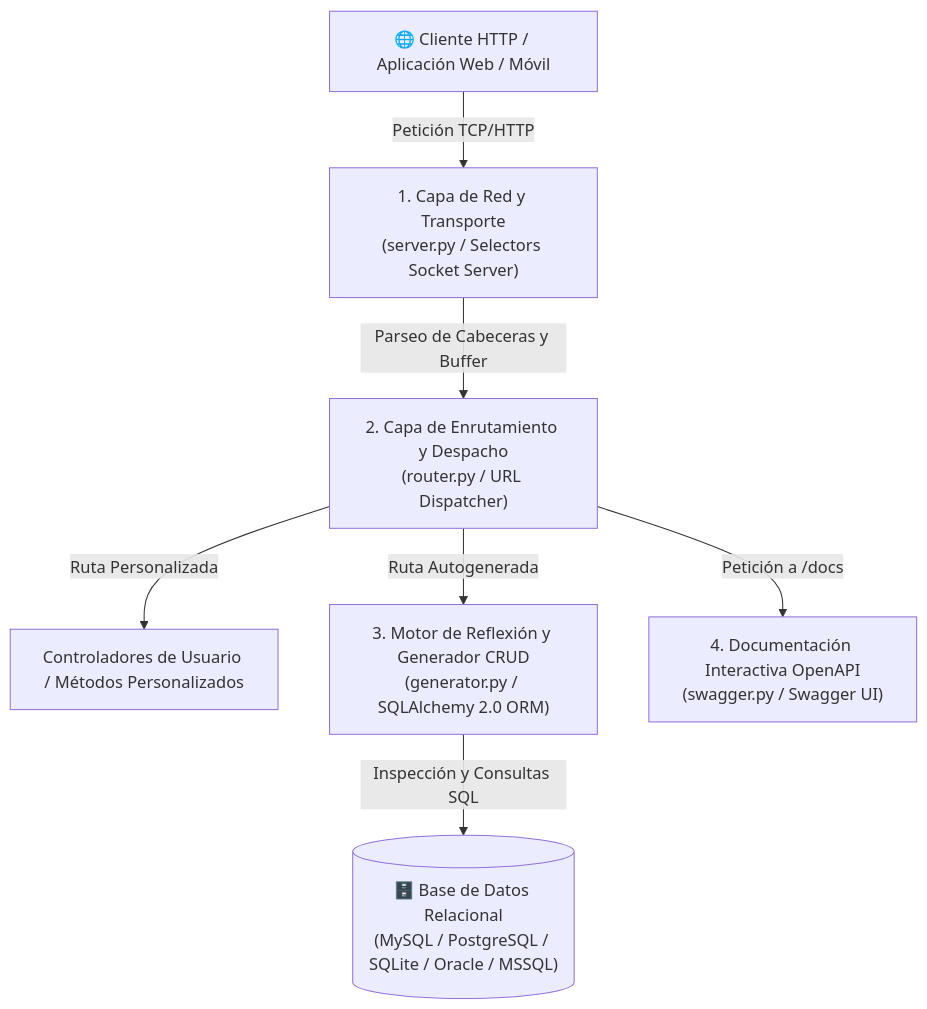
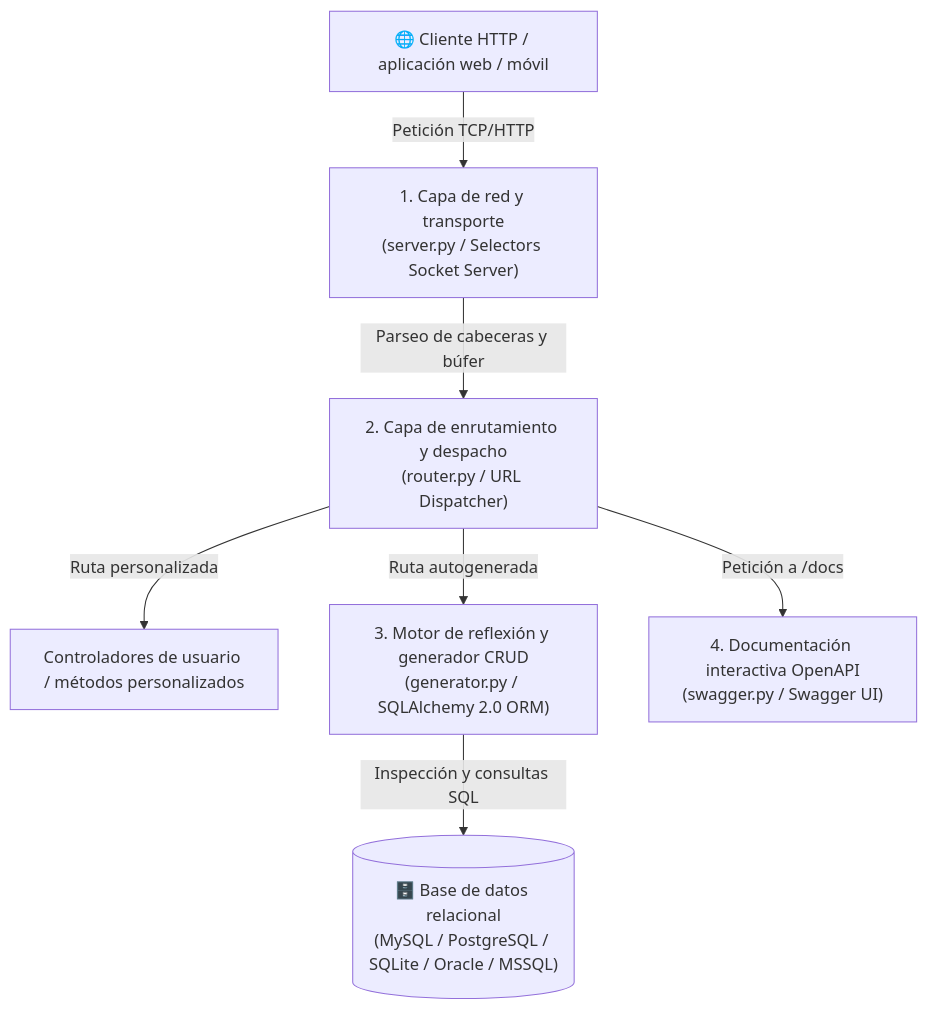
The diagram in README.md (tesisDrHerman/MicroFrameworkAPY), drawn with Mermaid before and after one commit. The commit also changed other lines of this file and 2 other files, not shown here.

````diff
--- a/README.md
+++ b/README.md
@@ -44,9 +44,9 @@
 ```mermaid
 flowchart TD
-    Client["🌐 Cliente HTTP / Aplicación Web / Móvil"] -->|Petición TCP/HTTP| Layer1["1. Capa de Red y Transporte\n(server.py / Selectors Socket Server)"]
-    Layer1 -->|Parseo de Cabeceras y Buffer| Layer2["2. Capa de Enrutamiento y Despacho\n(router.py / URL Dispatcher)"]
-    Layer2 -->|Ruta Personalizada| Handlers["Controladores de Usuario / Métodos Personalizados"]
-    Layer2 -->|Ruta Autogenerada| Layer3["3. Motor de Reflexión y Generador CRUD\n(generator.py / SQLAlchemy 2.0 ORM)"]
-    Layer3 -->|Inspección y Consultas SQL| DB[("🗄️ Base de Datos Relacional\n(MySQL / PostgreSQL / SQLite / Oracle / MSSQL)")]
-    Layer2 -->|Petición a /docs| Layer4["4. Documentación Interactiva OpenAPI\n(swagger.py / Swagger UI)"]
+    Client["🌐 Cliente HTTP / aplicación web / móvil"] -->|Petición TCP/HTTP| Layer1["1. Capa de red y transporte\n(server.py / Selectors Socket Server)"]
+    Layer1 -->|Parseo de cabeceras y búfer| Layer2["2. Capa de enrutamiento y despacho\n(router.py / URL Dispatcher)"]
+    Layer2 -->|Ruta personalizada| Handlers["Controladores de usuario / métodos personalizados"]
+    Layer2 -->|Ruta autogenerada| Layer3["3. Motor de reflexión y generador CRUD\n(generator.py / SQLAlchemy 2.0 ORM)"]
+    Layer3 -->|Inspección y consultas SQL| DB[("🗄️ Base de datos relacional\n(MySQL / PostgreSQL / SQLite / Oracle / MSSQL)")]
+    Layer2 -->|Petición a /docs| Layer4["4. Documentación interactiva OpenAPI\n(swagger.py / Swagger UI)"]
 ```
````
